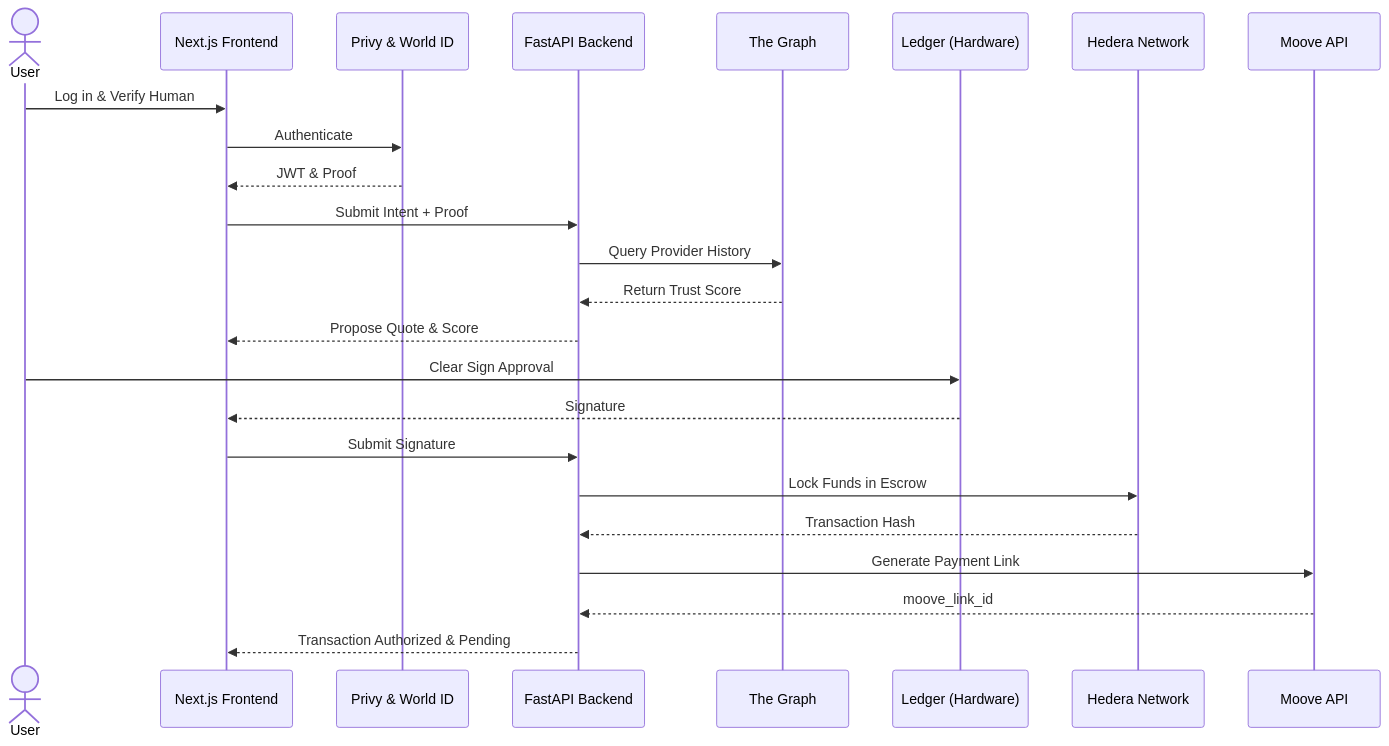
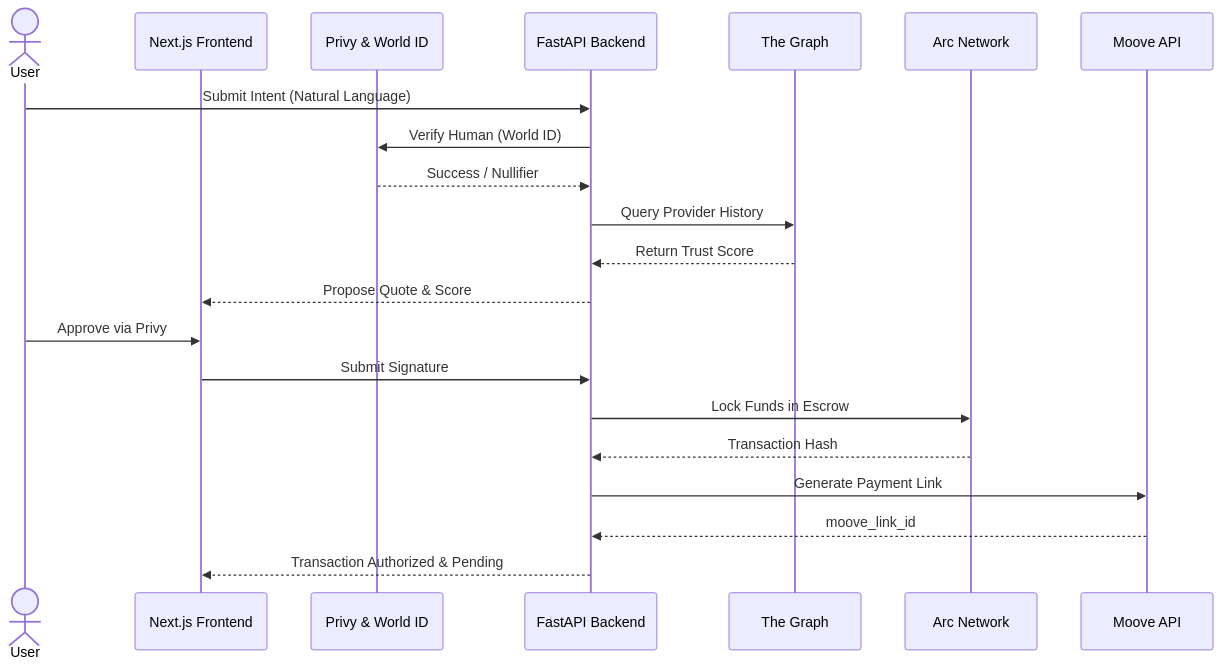
Before and after one commit to Soar-On-Technologies-Global-Concept-Ltd/ETHOnline-Startup: the second of 2 diagrams in Intentra_Architecture_Docs/01_System_Architecture.md, drawn with Mermaid. The commit also changed other lines of this file and 10 other files, not shown here.

Commit message:
refactor: migrate payment infrastructure from Hedera to Arc and remove legacy domain models

````diff
--- a/Intentra_Architecture_Docs/01_System_Architecture.md
+++ b/Intentra_Architecture_Docs/01_System_Architecture.md
@@ -67,27 +64,25 @@
 ```mermaid
 sequenceDiagram
     actor User
     participant NextJS as Next.js Frontend
     participant Auth as Privy & World ID
     participant FastAPI as FastAPI Backend
     participant Graph as The Graph
-    participant Ledger as Ledger (Hardware)
-    participant Hedera as Hedera Network
+
+    participant Arc as Arc Network
     participant Moove as Moove API
 
-    User->>NextJS: Log in & Verify Human
-    NextJS->>Auth: Authenticate
-    Auth-->>NextJS: JWT & Proof
-    NextJS->>FastAPI: Submit Intent + Proof
+    User->>FastAPI: Submit Intent (Natural Language)
+    FastAPI->>Auth: Verify Human (World ID)
+    Auth-->>FastAPI: Success / Nullifier
     FastAPI->>Graph: Query Provider History
     Graph-->>FastAPI: Return Trust Score
     FastAPI-->>NextJS: Propose Quote & Score
-    User->>Ledger: Clear Sign Approval
-    Ledger-->>NextJS: Signature
+    User->>NextJS: Approve via Privy
     NextJS->>FastAPI: Submit Signature
-    FastAPI->>Hedera: Lock Funds in Escrow
-    Hedera-->>FastAPI: Transaction Hash
+    FastAPI->>Arc: Lock Funds in Escrow
+    Arc-->>FastAPI: Transaction Hash
     FastAPI->>Moove: Generate Payment Link
     Moove-->>FastAPI: moove_link_id
     FastAPI-->>NextJS: Transaction Authorized & Pending
 ```
````
